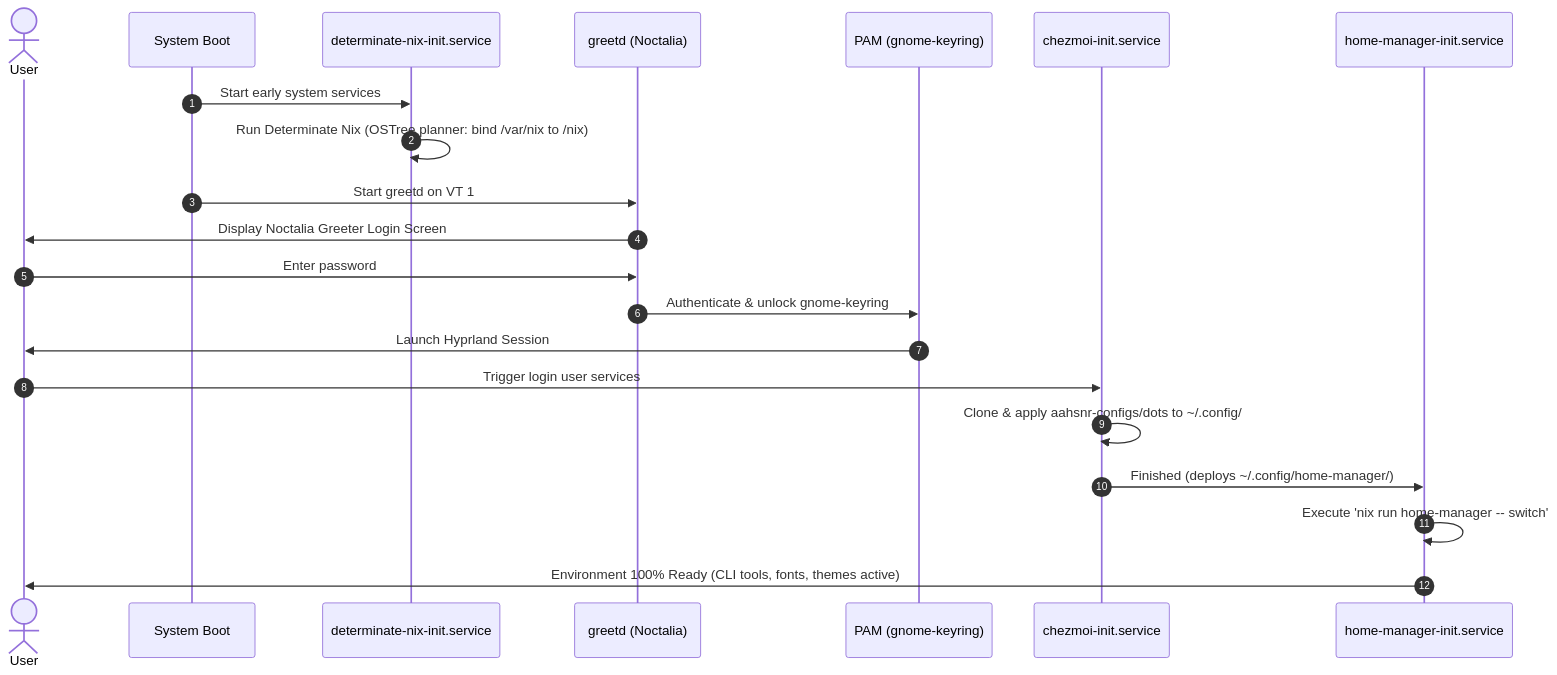
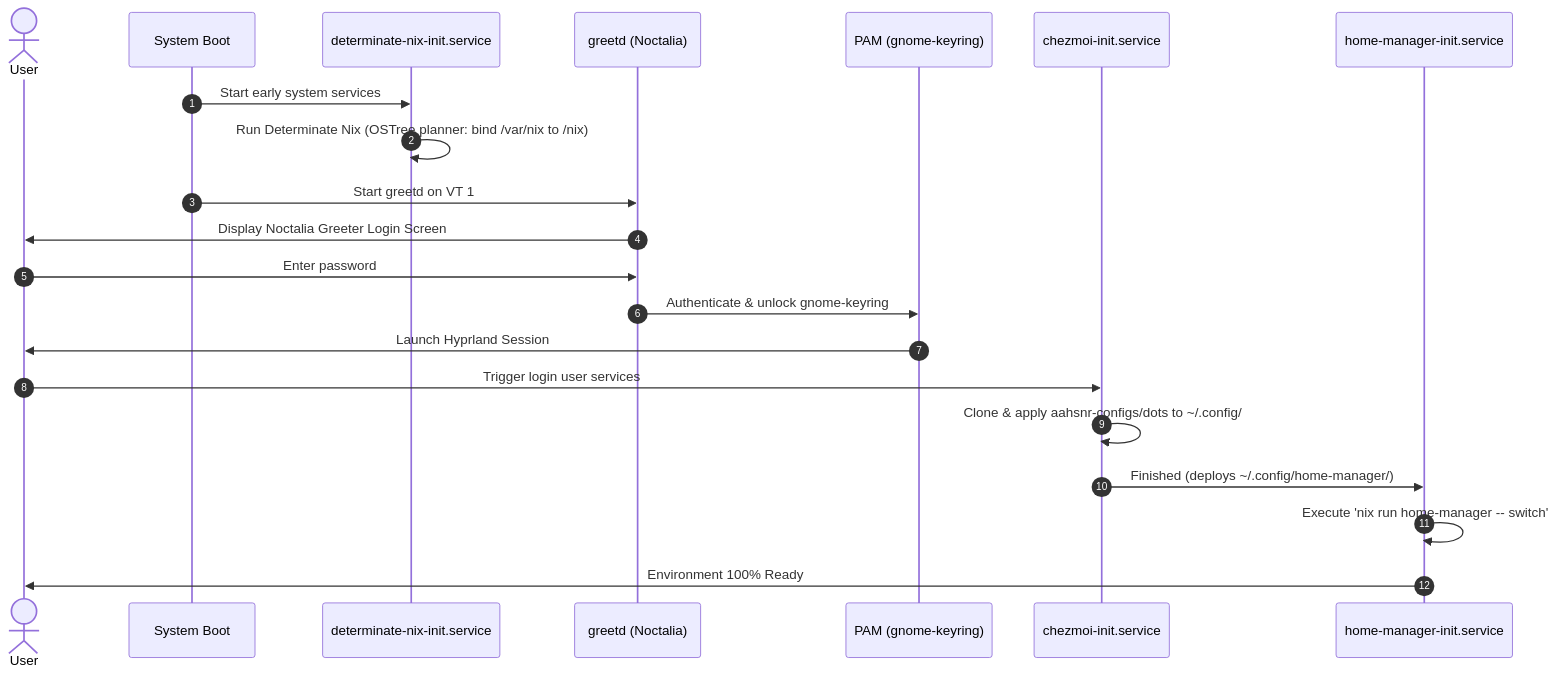
Before and after one commit to aahsnr-work/bazzite-hyprland: the second of 2 diagrams in README.md, drawn with Mermaid. The commit also changed other lines of this file and 3 other files, not shown here.

Commit message:
docs: overhaul README with TOC, architecture diagram, and add full package list

````diff
--- a/README.md
+++ b/README.md
@@ -99,24 +236,24 @@
 ```mermaid
 sequenceDiagram
     autonumber
     actor User
     participant Boot as System Boot
     participant NixService as determinate-nix-init.service
     participant Greetd as greetd (Noctalia)
     participant PAM as PAM (gnome-keyring)
     participant Chezmoi as chezmoi-init.service
     participant HM as home-manager-init.service
 
     Boot->>NixService: Start early system services
     NixService->>NixService: Run Determinate Nix (OSTree planner: bind /var/nix to /nix)
     Boot->>Greetd: Start greetd on VT 1
     Greetd->>User: Display Noctalia Greeter Login Screen
     User->>Greetd: Enter password
     Greetd->>PAM: Authenticate & unlock gnome-keyring
     PAM->>User: Launch Hyprland Session
     User->>Chezmoi: Trigger login user services
     Chezmoi->>Chezmoi: Clone & apply aahsnr-configs/dots to ~/.config/
     Chezmoi->>HM: Finished (deploys ~/.config/home-manager/)
     HM->>HM: Execute 'nix run home-manager -- switch'
-    HM->>User: Environment 100% Ready (CLI tools, fonts, themes active)
+    HM->>User: Environment 100% Ready
 ```
````
